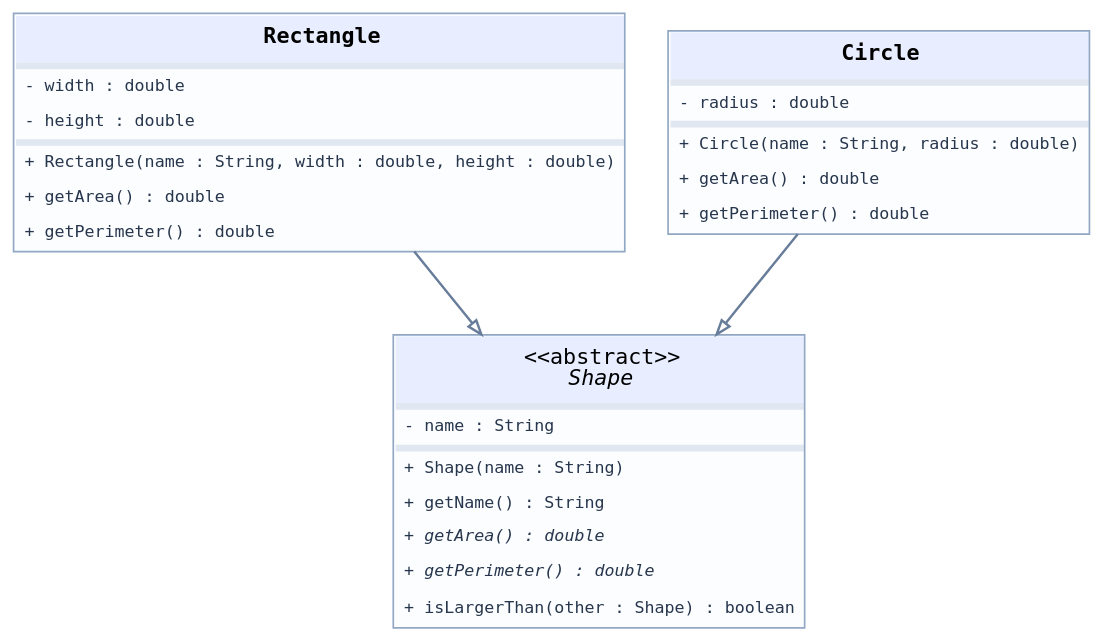
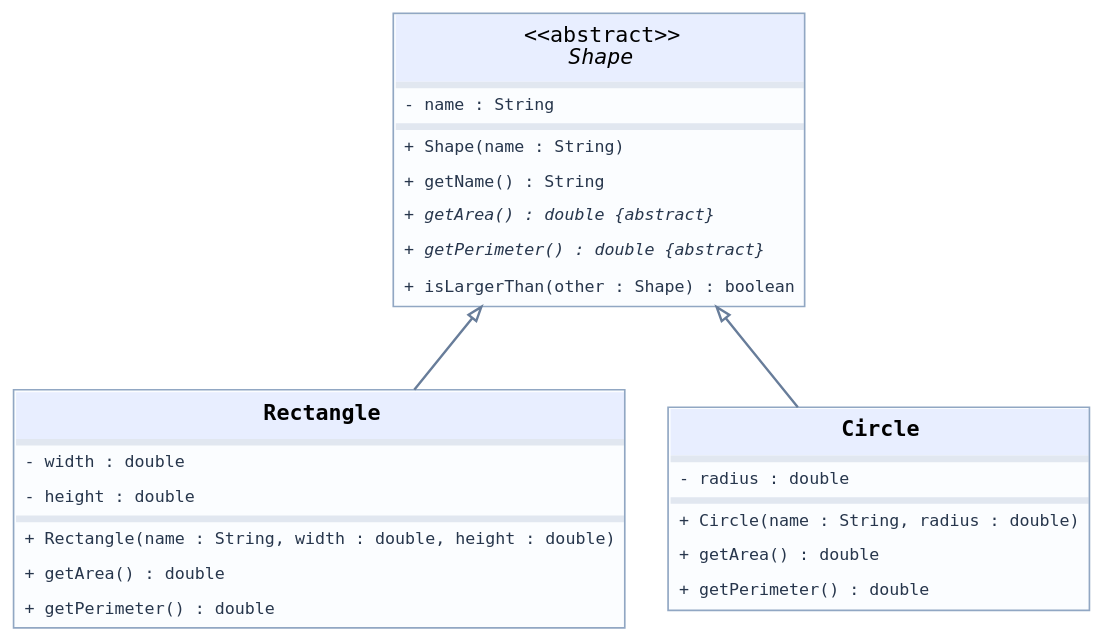
One commit to edetroll/java-oop changed the diagram in content/chapters/10-absztrakt-osztalyok/media/task-shapes-hu.dot. Above: the diagram before and after it, drawn with Graphviz. The commit also changed 41 other files, not shown here.

```diff
--- a/content/chapters/10-absztrakt-osztalyok/media/task-shapes-hu.dot
+++ b/content/chapters/10-absztrakt-osztalyok/media/task-shapes-hu.dot
@@ -1,8 +1,8 @@
-digraph UML { graph [rankdir=TB,bgcolor="transparent",pad="0.12",nodesep="0.36",ranksep="0.7",splines=polyline];
+digraph UML { graph [rankdir=BT,bgcolor="transparent",pad="0.12",nodesep="0.36",ranksep="0.7",splines=polyline];
 node [shape=plain]; edge [color="#687d9a",penwidth=1.45,arrowsize=0.85];
-"Shape" [label=<<TABLE BORDER="1" CELLBORDER="0" CELLSPACING="0" COLOR="#91a7c3" BGCOLOR="#fbfdff"><TR><TD BGCOLOR="#e8eeff" CELLPADDING="7"><FONT FACE="DejaVu Sans Mono" POINT-SIZE="13">&lt;&lt;abstract&gt;&gt;<BR/><I>Shape</I></FONT></TD></TR><TR><TD BGCOLOR="#e1e7f0" HEIGHT="2"></TD></TR><TR><TD ALIGN="LEFT" CELLPADDING="5"><FONT FACE="DejaVu Sans Mono" POINT-SIZE="10" COLOR="#27364c">- name : String</FONT></TD></TR><TR><TD BGCOLOR="#e1e7f0" HEIGHT="2"></TD></TR><TR><TD ALIGN="LEFT" CELLPADDING="5"><FONT FACE="DejaVu Sans Mono" POINT-SIZE="10" COLOR="#27364c">+ Shape(name : String)</FONT></TD></TR><TR><TD ALIGN="LEFT" CELLPADDING="5"><FONT FACE="DejaVu Sans Mono" POINT-SIZE="10" COLOR="#27364c">+ getName() : String</FONT></TD></TR><TR><TD ALIGN="LEFT" CELLPADDING="5"><FONT FACE="DejaVu Sans Mono" POINT-SIZE="10" COLOR="#27364c"><I>+ getArea() : double</I></FONT></TD></TR><TR><TD ALIGN="LEFT" CELLPADDING="5"><FONT FACE="DejaVu Sans Mono" POINT-SIZE="10" COLOR="#27364c"><I>+ getPerimeter() : double</I></FONT></TD></TR><TR><TD ALIGN="LEFT" CELLPADDING="5"><FONT FACE="DejaVu Sans Mono" POINT-SIZE="10" COLOR="#27364c">+ isLargerThan(other : Shape) : boolean</FONT></TD></TR></TABLE>>];
+"Shape" [label=<<TABLE BORDER="1" CELLBORDER="0" CELLSPACING="0" COLOR="#91a7c3" BGCOLOR="#fbfdff"><TR><TD BGCOLOR="#e8eeff" CELLPADDING="7"><FONT FACE="DejaVu Sans Mono" POINT-SIZE="13">&lt;&lt;abstract&gt;&gt;<BR/><I>Shape</I></FONT></TD></TR><TR><TD BGCOLOR="#e1e7f0" HEIGHT="2"></TD></TR><TR><TD ALIGN="LEFT" CELLPADDING="5"><FONT FACE="DejaVu Sans Mono" POINT-SIZE="10" COLOR="#27364c">- name : String</FONT></TD></TR><TR><TD BGCOLOR="#e1e7f0" HEIGHT="2"></TD></TR><TR><TD ALIGN="LEFT" CELLPADDING="5"><FONT FACE="DejaVu Sans Mono" POINT-SIZE="10" COLOR="#27364c">+ Shape(name : String)</FONT></TD></TR><TR><TD ALIGN="LEFT" CELLPADDING="5"><FONT FACE="DejaVu Sans Mono" POINT-SIZE="10" COLOR="#27364c">+ getName() : String</FONT></TD></TR><TR><TD ALIGN="LEFT" CELLPADDING="5"><FONT FACE="DejaVu Sans Mono" POINT-SIZE="10" COLOR="#27364c"><I>+ getArea() : double {abstract}</I></FONT></TD></TR><TR><TD ALIGN="LEFT" CELLPADDING="5"><FONT FACE="DejaVu Sans Mono" POINT-SIZE="10" COLOR="#27364c"><I>+ getPerimeter() : double {abstract}</I></FONT></TD></TR><TR><TD ALIGN="LEFT" CELLPADDING="5"><FONT FACE="DejaVu Sans Mono" POINT-SIZE="10" COLOR="#27364c">+ isLargerThan(other : Shape) : boolean</FONT></TD></TR></TABLE>>];
 "Rectangle" [label=<<TABLE BORDER="1" CELLBORDER="0" CELLSPACING="0" COLOR="#91a7c3" BGCOLOR="#fbfdff"><TR><TD BGCOLOR="#e8eeff" CELLPADDING="7"><FONT FACE="DejaVu Sans Mono" POINT-SIZE="13"><B>Rectangle</B></FONT></TD></TR><TR><TD BGCOLOR="#e1e7f0" HEIGHT="2"></TD></TR><TR><TD ALIGN="LEFT" CELLPADDING="5"><FONT FACE="DejaVu Sans Mono" POINT-SIZE="10" COLOR="#27364c">- width : double</FONT></TD></TR><TR><TD ALIGN="LEFT" CELLPADDING="5"><FONT FACE="DejaVu Sans Mono" POINT-SIZE="10" COLOR="#27364c">- height : double</FONT></TD></TR><TR><TD BGCOLOR="#e1e7f0" HEIGHT="2"></TD></TR><TR><TD ALIGN="LEFT" CELLPADDING="5"><FONT FACE="DejaVu Sans Mono" POINT-SIZE="10" COLOR="#27364c">+ Rectangle(name : String, width : double, height : double)</FONT></TD></TR><TR><TD ALIGN="LEFT" CELLPADDING="5"><FONT FACE="DejaVu Sans Mono" POINT-SIZE="10" COLOR="#27364c">+ getArea() : double</FONT></TD></TR><TR><TD ALIGN="LEFT" CELLPADDING="5"><FONT FACE="DejaVu Sans Mono" POINT-SIZE="10" COLOR="#27364c">+ getPerimeter() : double</FONT></TD></TR></TABLE>>];
 "Circle" [label=<<TABLE BORDER="1" CELLBORDER="0" CELLSPACING="0" COLOR="#91a7c3" BGCOLOR="#fbfdff"><TR><TD BGCOLOR="#e8eeff" CELLPADDING="7"><FONT FACE="DejaVu Sans Mono" POINT-SIZE="13"><B>Circle</B></FONT></TD></TR><TR><TD BGCOLOR="#e1e7f0" HEIGHT="2"></TD></TR><TR><TD ALIGN="LEFT" CELLPADDING="5"><FONT FACE="DejaVu Sans Mono" POINT-SIZE="10" COLOR="#27364c">- radius : double</FONT></TD></TR><TR><TD BGCOLOR="#e1e7f0" HEIGHT="2"></TD></TR><TR><TD ALIGN="LEFT" CELLPADDING="5"><FONT FACE="DejaVu Sans Mono" POINT-SIZE="10" COLOR="#27364c">+ Circle(name : String, radius : double)</FONT></TD></TR><TR><TD ALIGN="LEFT" CELLPADDING="5"><FONT FACE="DejaVu Sans Mono" POINT-SIZE="10" COLOR="#27364c">+ getArea() : double</FONT></TD></TR><TR><TD ALIGN="LEFT" CELLPADDING="5"><FONT FACE="DejaVu Sans Mono" POINT-SIZE="10" COLOR="#27364c">+ getPerimeter() : double</FONT></TD></TR></TABLE>>];
 "Rectangle" -> "Shape" [arrowhead=empty];
 "Circle" -> "Shape" [arrowhead=empty];
 }
```
